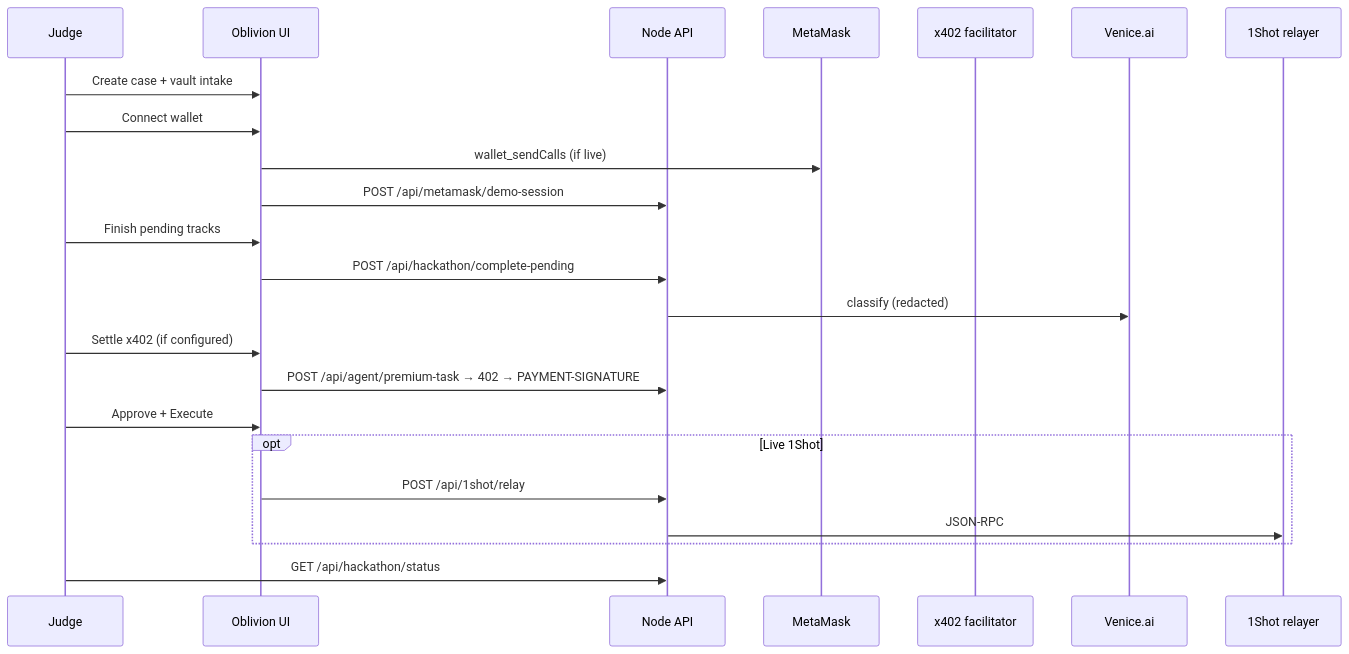
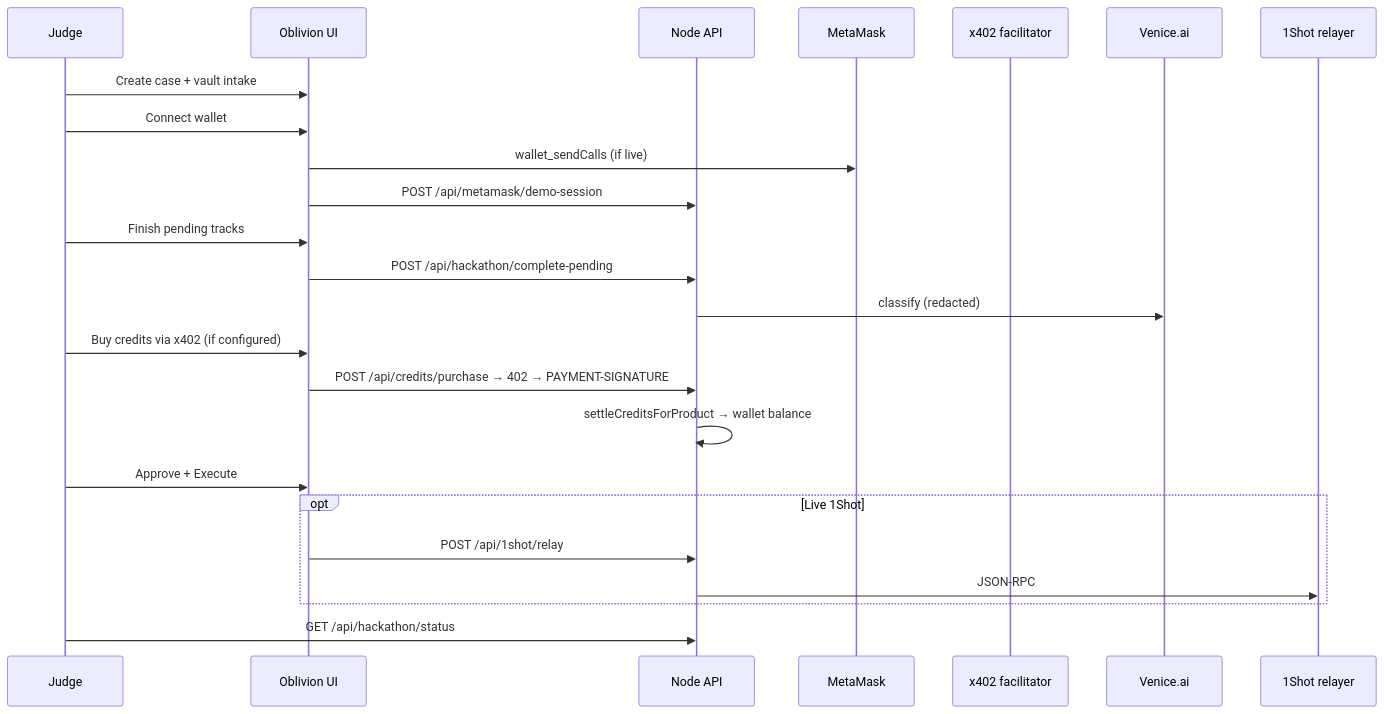
One commit to thomasjvu/oblivion changed the second of 2 diagrams in docs/src/docs/content/developers/hackathon-demo.md. Above: the diagram before and after it, drawn with Mermaid. The commit also changed other lines of this file and 20 other files, not shown here.

````diff
--- a/docs/src/docs/content/developers/hackathon-demo.md
+++ b/docs/src/docs/content/developers/hackathon-demo.md
@@ -114,26 +118,27 @@
 ```mermaid
 sequenceDiagram
   participant Judge
   participant UI as Oblivion UI
   participant API as Node API
   participant MM as MetaMask
   participant X402 as x402 facilitator
   participant Venice as Venice.ai
   participant Shot as 1Shot relayer
 
   Judge->>UI: Create case + vault intake
   Judge->>UI: Connect wallet
   UI->>MM: wallet_sendCalls (if live)
   UI->>API: POST /api/metamask/demo-session
   Judge->>UI: Finish pending tracks
   UI->>API: POST /api/hackathon/complete-pending
   API->>Venice: classify (redacted)
-  Judge->>UI: Settle x402 (if configured)
-  UI->>API: POST /api/agent/premium-task → 402 → PAYMENT-SIGNATURE
+  Judge->>UI: Buy credits via x402 (if configured)
+  UI->>API: POST /api/credits/purchase → 402 → PAYMENT-SIGNATURE
+  API->>API: settleCreditsForProduct → wallet balance
   Judge->>UI: Approve + Execute
   opt Live 1Shot
     UI->>API: POST /api/1shot/relay
     API->>Shot: JSON-RPC
   end
   Judge->>API: GET /api/hackathon/status
 ```
````
